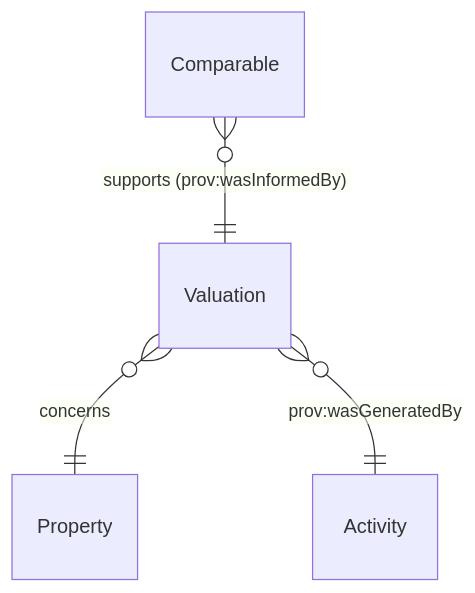
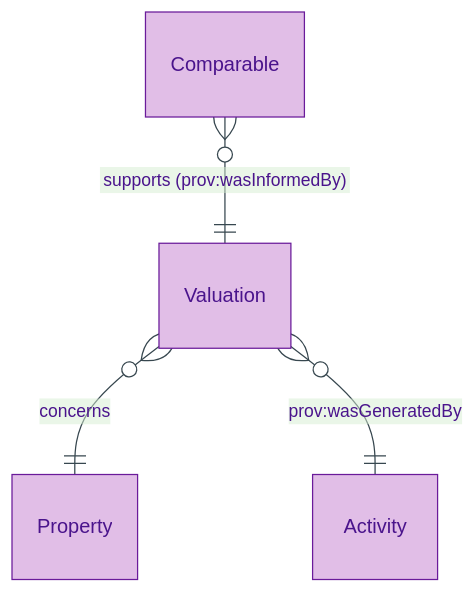
Before and after one commit to sparkling/opda: the first of 2 diagrams in docs/manual/logical/descriptive/valuation.md, drawn with Mermaid. The commit also changed other lines of this file and 179 other files, not shown here.

First line of the commit message:
docs(manual): Logical-tier diagram expansion via /diagramming skill

````diff
--- a/docs/manual/logical/descriptive/valuation.md
+++ b/docs/manual/logical/descriptive/valuation.md
@@ -30,6 +35,10 @@
 ```mermaid
+%%{init: {"theme": "base", "themeVariables": {"primaryColor": "#E1BEE7", "primaryTextColor": "#4A148C", "primaryBorderColor": "#6A1B9A", "lineColor": "#37474F"}}}%%
 erDiagram
+    accTitle: Valuation — Entity-Relationship Diagram
+    accDescr: Valuation — concerns a Property, carries PROV-O wasGeneratedBy to issuing RICS-regulated Activity, informed by Comparable instances via prov:wasInformedBy.
+
     Valuation }o--|| Property : "concerns"
     Valuation }o--|| Activity : "prov:wasGeneratedBy"
     Comparable }o--|| Valuation : "supports (prov:wasInformedBy)"
 ```
````
